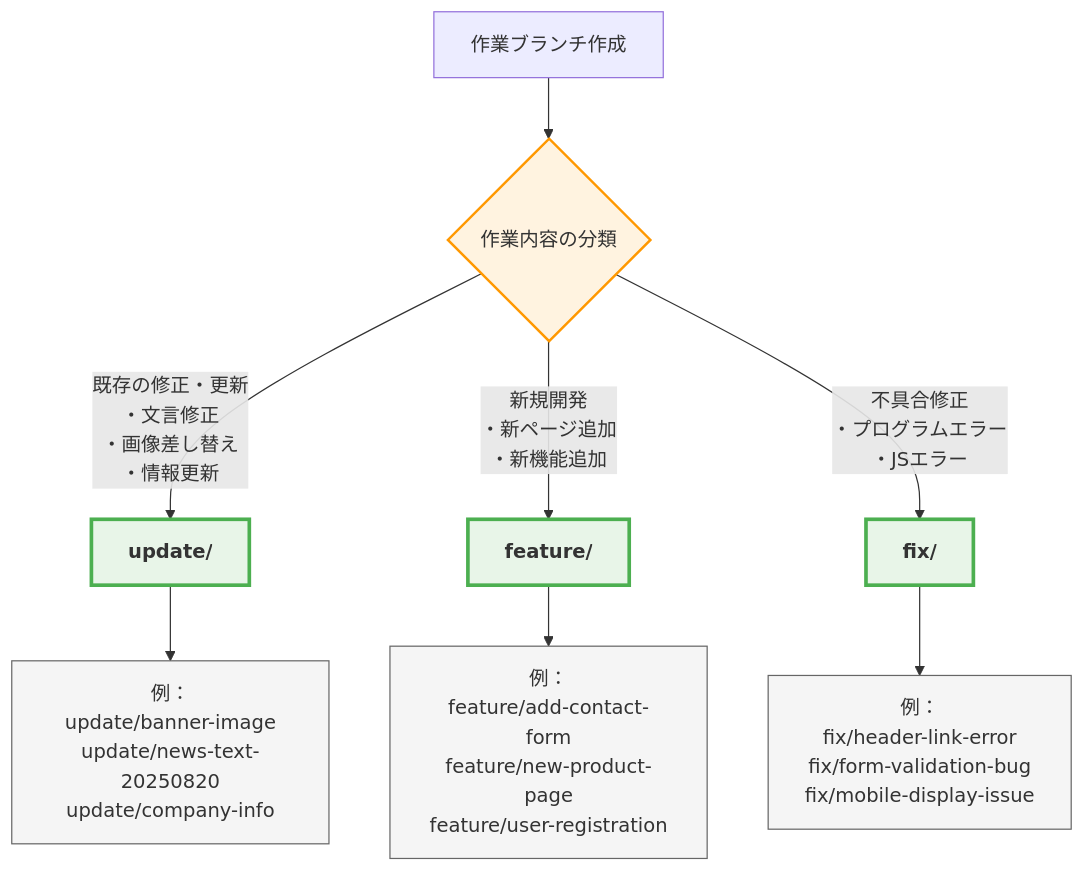
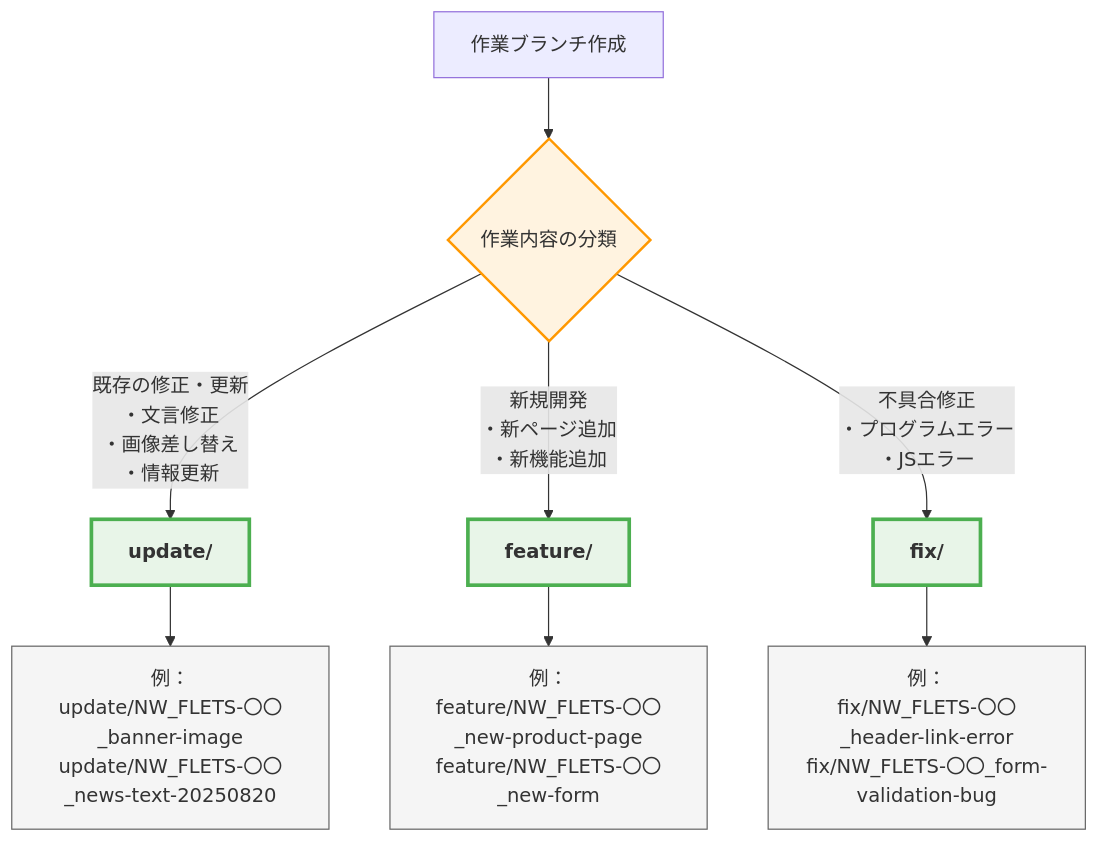
The second of 2 diagrams in Overview.md (flets-w/git-operation-manual), drawn with Mermaid before and after one commit.

````diff
--- a/Overview.md
+++ b/Overview.md
@@ -56,24 +56,24 @@
 ```mermaid
 flowchart TD
     START[作業ブランチ作成] --> WORK{作業内容の分類}
     
     WORK -->|既存の修正・更新<br/>・文言修正<br/>・画像差し替え<br/>・情報更新| UPDATE
     WORK -->|新規開発<br/>・新ページ追加<br/>・新機能追加| FEATURE
     WORK -->|不具合修正<br/>・プログラムエラー<br/>・JSエラー| FIX
     
     UPDATE[update/]
     FEATURE[feature/]  
     FIX[fix/]
     
-    UPDATE --> UPDATE_EX[例：<br/>update/banner-image<br/>update/news-text-20250820<br/>update/company-info]
-    FEATURE --> FEATURE_EX[例：<br/>feature/add-contact-form<br/>feature/new-product-page<br/>feature/user-registration]
-    FIX --> FIX_EX[例：<br/>fix/header-link-error<br/>fix/form-validation-bug<br/>fix/mobile-display-issue]
+    UPDATE --> UPDATE_EX[例：<br/>update/NW_FLETS-〇〇_banner-image<br/>update/NW_FLETS-〇〇_news-text-20250820]
+    FEATURE --> FEATURE_EX[例：<br/>feature/NW_FLETS-〇〇_new-product-page<br/>feature/NW_FLETS-〇〇_new-form]
+    FIX --> FIX_EX[例：<br/>fix/NW_FLETS-〇〇_header-link-error<br/>fix/NW_FLETS-〇〇_form-validation-bug]
     
     classDef prefix fill:#e8f5e8,stroke:#4caf50,stroke-width:3px,font-weight:bold
     classDef example fill:#f5f5f5,stroke:#666,stroke-width:1px
     classDef decision fill:#fff3e0,stroke:#ff9800,stroke-width:2px
     
     class UPDATE,FEATURE,FIX prefix
     class UPDATE_EX,FEATURE_EX,FIX_EX example
     class WORK decision
 ```
````
